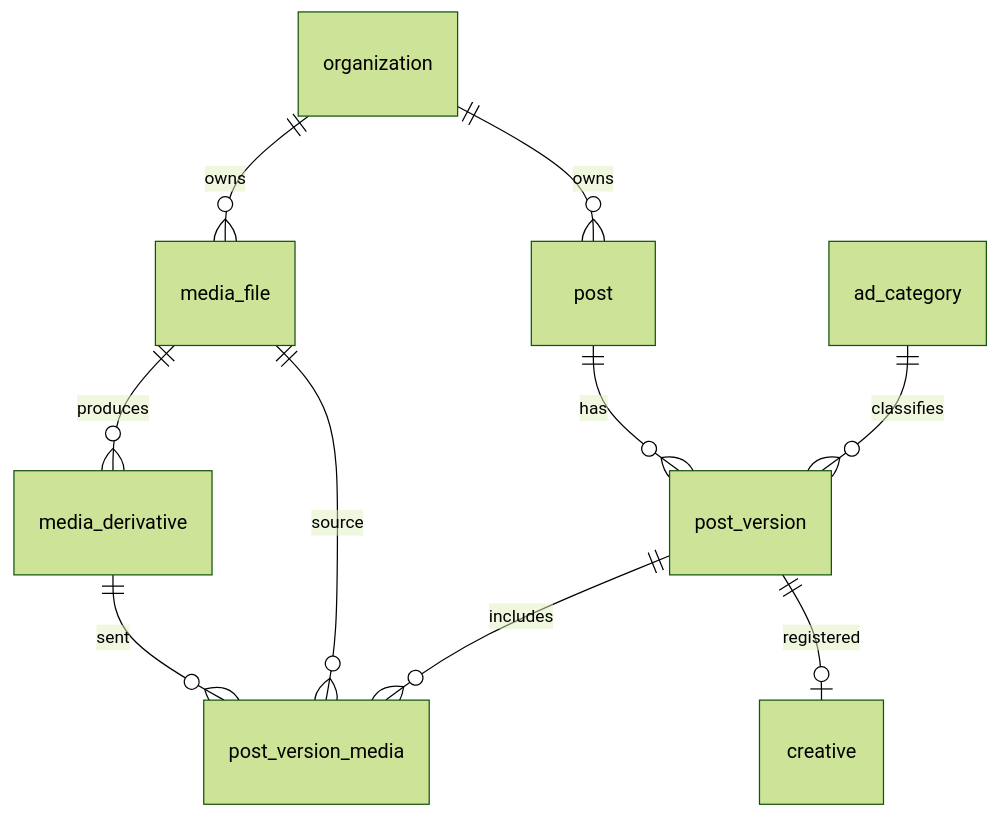
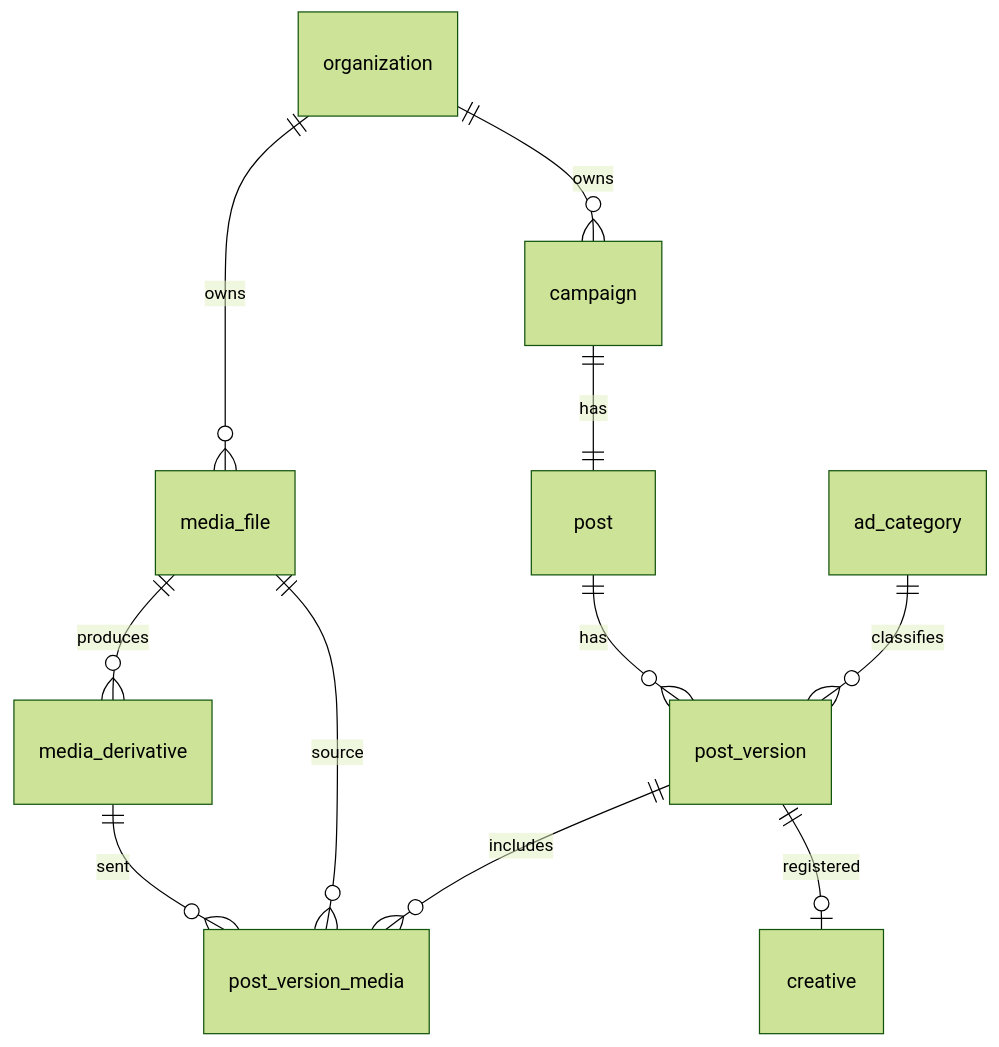
Before and after one commit to leha-creator/maxim: the third of 6 diagrams in docs/04-domain-model.md, drawn with Mermaid (forest theme). The commit also changed other lines of this file and 12 other files, not shown here.

````diff
--- a/docs/04-domain-model.md
+++ b/docs/04-domain-model.md
@@ -228,12 +228,13 @@
 ```mermaid
 erDiagram
     organization ||--o{ media_file : owns
     media_file ||--o{ media_derivative : produces
-    organization ||--o{ post : owns
+    organization ||--o{ campaign : owns
+    campaign ||--|| post : has
     post ||--o{ post_version : has
     post_version ||--o{ post_version_media : includes
     media_file ||--o{ post_version_media : source
     media_derivative ||--o{ post_version_media : sent
     ad_category ||--o{ post_version : classifies
     post_version ||--o| creative : registered
 ```
````
